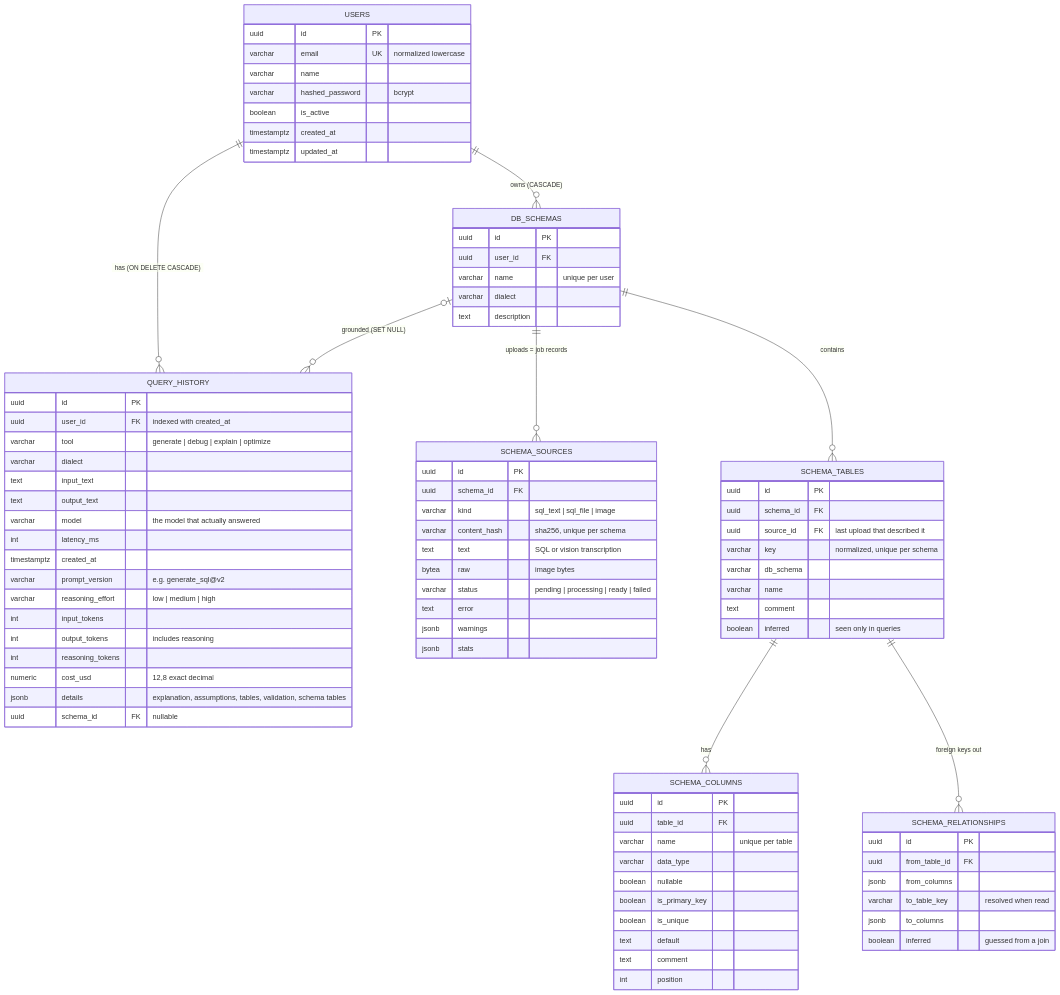
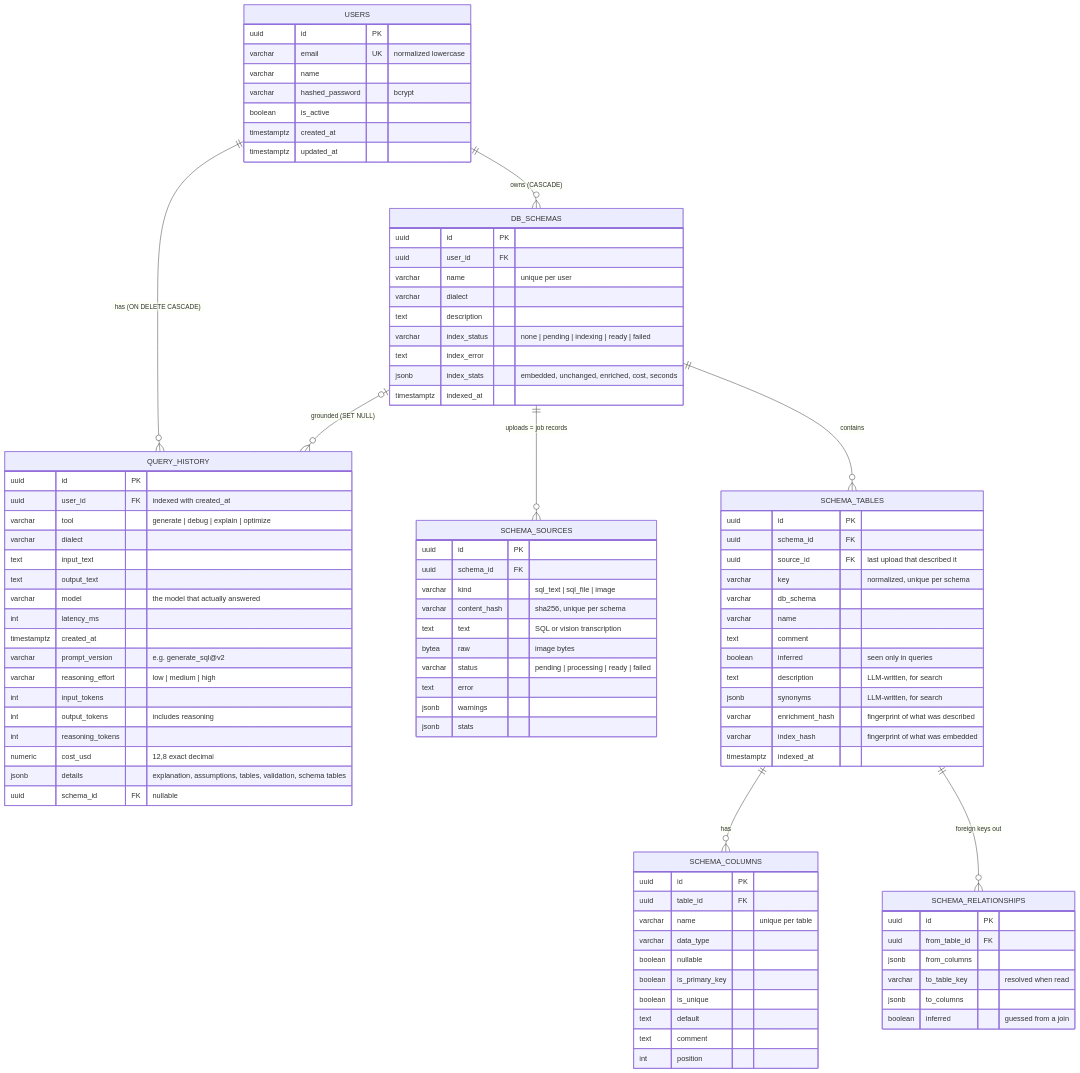
One commit to TanmayDeshpande29/AI-powered-SQL-Assistant changed the ninth of 12 diagrams in README.md. Above: the diagram before and after it, drawn with Mermaid. The commit also changed other lines of this file and 8 other files, not shown here.

```diff
--- a/README.md
+++ b/README.md
@@ -262,6 +309,10 @@
         varchar name "unique per user"
         varchar dialect
         text description
+        varchar index_status "none | pending | indexing | ready | failed"
+        text index_error
+        jsonb index_stats "embedded, unchanged, enriched, cost, seconds"
+        timestamptz indexed_at
     }
     SCHEMA_SOURCES {
         uuid id PK
@@ -284,6 +335,11 @@
         varchar name
         text comment
         boolean inferred "seen only in queries"
+        text description "LLM-written, for search"
+        jsonb synonyms "LLM-written, for search"
+        varchar enrichment_hash "fingerprint of what was described"
+        varchar index_hash "fingerprint of what was embedded"
+        timestamptz indexed_at
     }
     SCHEMA_COLUMNS {
         uuid id PK
```
